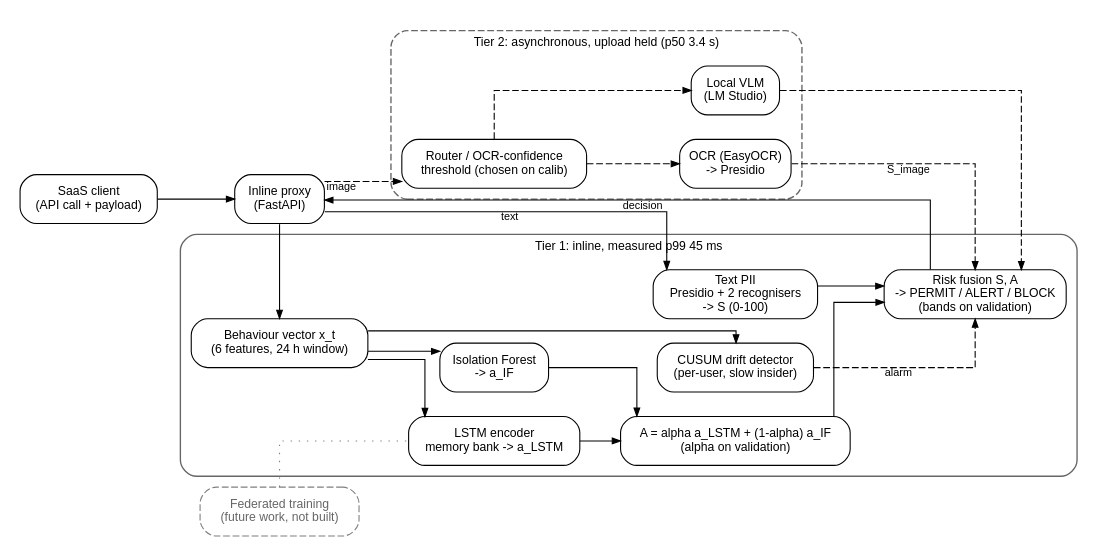
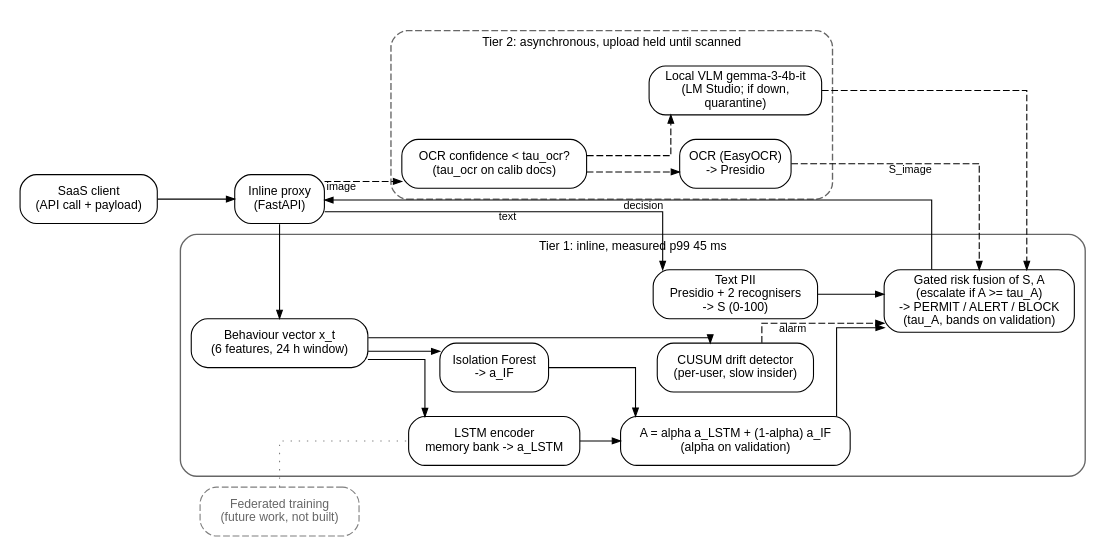
One commit to HashirAhmad-dev/Hybrid-SaaS-Research changed the diagram in figures/architecture.dot. Above: the diagram before and after it, drawn with Graphviz. The commit also changed 5 other files, not shown here.

Commit message:
T4.3: architecture figure shows the deployed gated fusion, tau_ocr routing and fail-closed local VLM; backend config rebuilt (7B tau listed, deployed tau_ocr unchanged 0.95)

```diff
--- a/figures/architecture.dot
+++ b/figures/architecture.dot
@@ -1,40 +1,40 @@
 // HybridSaaS-Sec architecture as evaluated (paper-v2). Editable source for Figure 1.
 // Render: tools/render_figures.py (Graphviz dot -> PDF and SVG). Dashed = not built / future work.
 digraph hybridsaas {
   graph [rankdir=LR, fontname="Helvetica", fontsize=10, nodesep=0.25, ranksep=0.35, splines=ortho, pad=0.1];
   node  [shape=box, style="rounded", fontname="Helvetica", fontsize=9, margin="0.08,0.04", penwidth=0.8];
   edge  [fontname="Helvetica", fontsize=8, arrowsize=0.6, penwidth=0.8];
 
   client [label="SaaS client\n(API call + payload)"];
   proxy  [label="Inline proxy\n(FastAPI)", style="rounded,bold"];
 
   subgraph cluster_t1 {
     label="Tier 1: inline, measured p99 45 ms"; fontsize=9; style="rounded"; color="gray40";
     pii   [label="Text PII\nPresidio + 2 recognisers\n-> S (0-100)"];
     beh   [label="Behaviour vector x_t\n(6 features, 24 h window)"];
     lstm  [label="LSTM encoder\nmemory bank -> a_LSTM"];
     ifor  [label="Isolation Forest\n-> a_IF"];
     fuse  [label="A = alpha a_LSTM + (1-alpha) a_IF\n(alpha on validation)"];
     drift [label="CUSUM drift detector\n(per-user, slow insider)"];
-    sbrs  [label="Risk fusion S, A\n-> PERMIT / ALERT / BLOCK\n(bands on validation)"];
+    sbrs  [label="Gated risk fusion of S, A\n(escalate if A >= tau_A)\n-> PERMIT / ALERT / BLOCK\n(tau_A, bands on validation)"];
   }
   subgraph cluster_t2 {
-    label="Tier 2: asynchronous, upload held (p50 3.4 s)"; fontsize=9; style="rounded,dashed"; color="gray40";
+    label="Tier 2: asynchronous, upload held until scanned"; fontsize=9; style="rounded,dashed"; color="gray40";
     ocr  [label="OCR (EasyOCR)\n-> Presidio"];
-    vlm  [label="Local VLM\n(LM Studio)"];
-    route[label="Router / OCR-confidence\nthreshold (chosen on calib)"];
+    vlm  [label="Local VLM gemma-3-4b-it\n(LM Studio; if down,\nquarantine)"];
+    route[label="OCR confidence < tau_ocr?\n(tau_ocr on calib docs)"];
   }
   fl [label="Federated training\n(future work, not built)", style="rounded,dashed", fontcolor="gray40", color="gray50"];
 
   client -> proxy;
   proxy -> pii   [xlabel="text"];
   proxy -> beh;
   beh -> lstm; beh -> ifor; beh -> drift;
   lstm -> fuse; ifor -> fuse;
   pii -> sbrs; fuse -> sbrs; drift -> sbrs [style=dashed, xlabel="alarm"];
   proxy -> route [xlabel="image", style=dashed];
   route -> ocr [style=dashed]; route -> vlm [style=dashed];
   ocr -> sbrs [style=dashed, xlabel="S_image"]; vlm -> sbrs [style=dashed];
   sbrs -> proxy [xlabel="decision"];
   fl -> lstm [style=dotted, color="gray50", arrowhead=none];
 }
```
